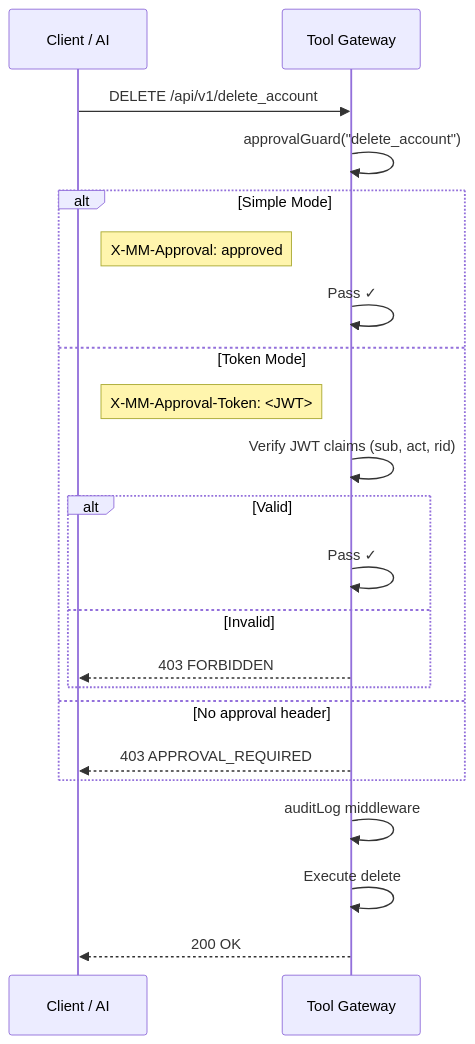
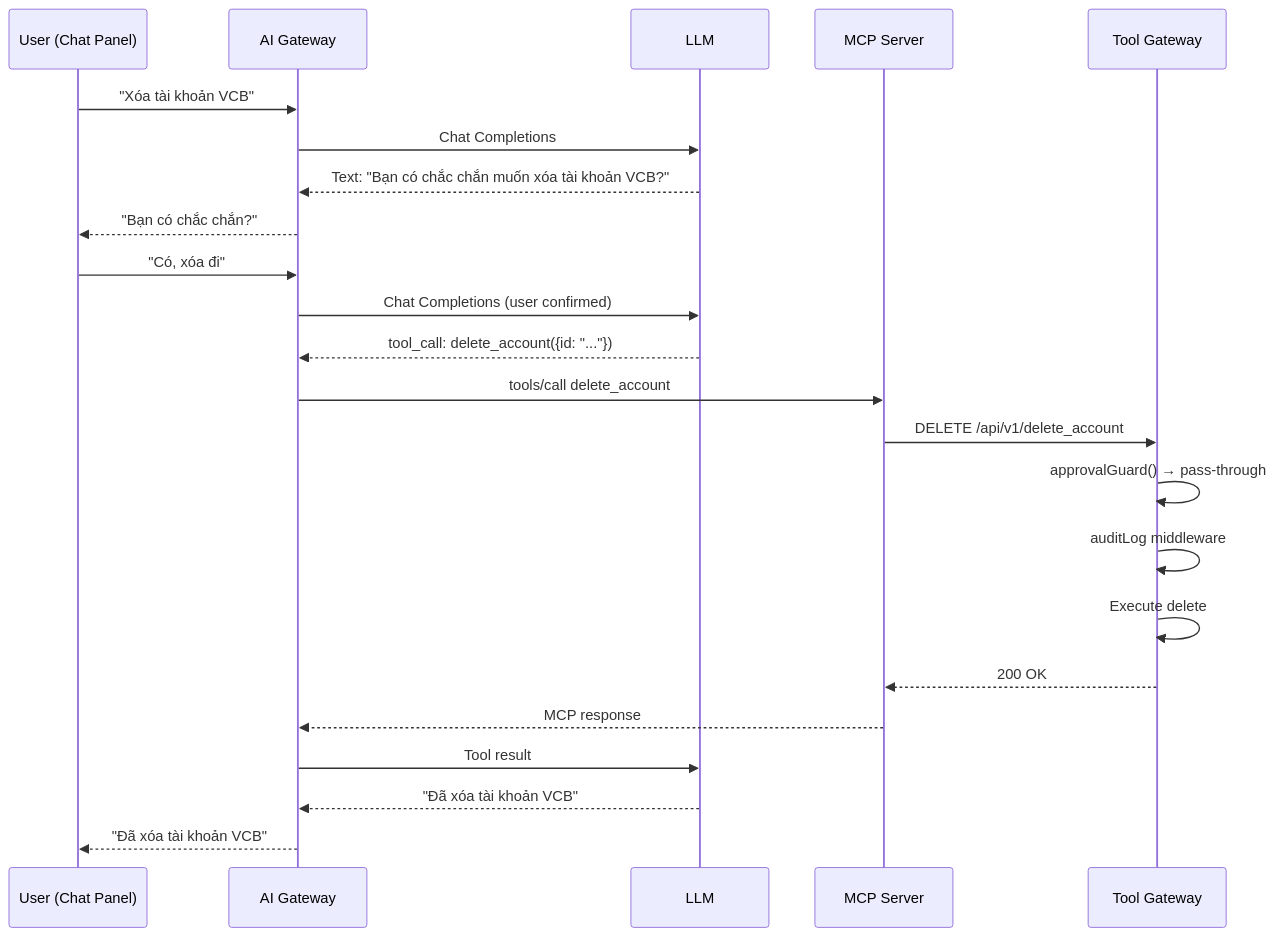
Before and after one commit to lechautu/money-manager: the eighth of 10 diagrams in system_architecture.md, drawn with Mermaid. The commit also changed other lines of this file and 1 other file, not shown here.

Commit message:
docs: update user guide and system architecture for AI chat panel and conversational approval

````diff
--- a/system_architecture.md
+++ b/system_architecture.md
@@ -777,25 +794,26 @@
 ```mermaid
 sequenceDiagram
-    participant Caller as Client / AI
+    participant User as User (Chat Panel)
+    participant AG as AI Gateway
+    participant LLM as LLM
+    participant MCP as MCP Server
     participant GW as Tool Gateway
 
-    Caller->>GW: DELETE /api/v1/delete_account
-    GW->>GW: approvalGuard("delete_account")
-    alt Simple Mode
-        Note right of Caller: X-MM-Approval: approved
-        GW->>GW: Pass ✓
-    else Token Mode
-        Note right of Caller: X-MM-Approval-Token: <JWT>
-        GW->>GW: Verify JWT claims (sub, act, rid)
-        alt Valid
-            GW->>GW: Pass ✓
-        else Invalid
-            GW-->>Caller: 403 FORBIDDEN
-        end
-    else No approval header
-        GW-->>Caller: 403 APPROVAL_REQUIRED
-    end
+    User->>AG: "Xóa tài khoản VCB"
+    AG->>LLM: Chat Completions
+    LLM-->>AG: Text: "Bạn có chắc chắn muốn xóa tài khoản VCB?"
+    AG-->>User: "Bạn có chắc chắn?"
+    User->>AG: "Có, xóa đi"
+    AG->>LLM: Chat Completions (user confirmed)
+    LLM-->>AG: tool_call: delete_account({id: "..."}) 
+    AG->>MCP: tools/call delete_account
+    MCP->>GW: DELETE /api/v1/delete_account
+    GW->>GW: approvalGuard() → pass-through
     GW->>GW: auditLog middleware
     GW->>GW: Execute delete
-    GW-->>Caller: 200 OK
+    GW-->>MCP: 200 OK
+    MCP-->>AG: MCP response
+    AG->>LLM: Tool result
+    LLM-->>AG: "Đã xóa tài khoản VCB"
+    AG-->>User: "Đã xóa tài khoản VCB"
 ```
````
